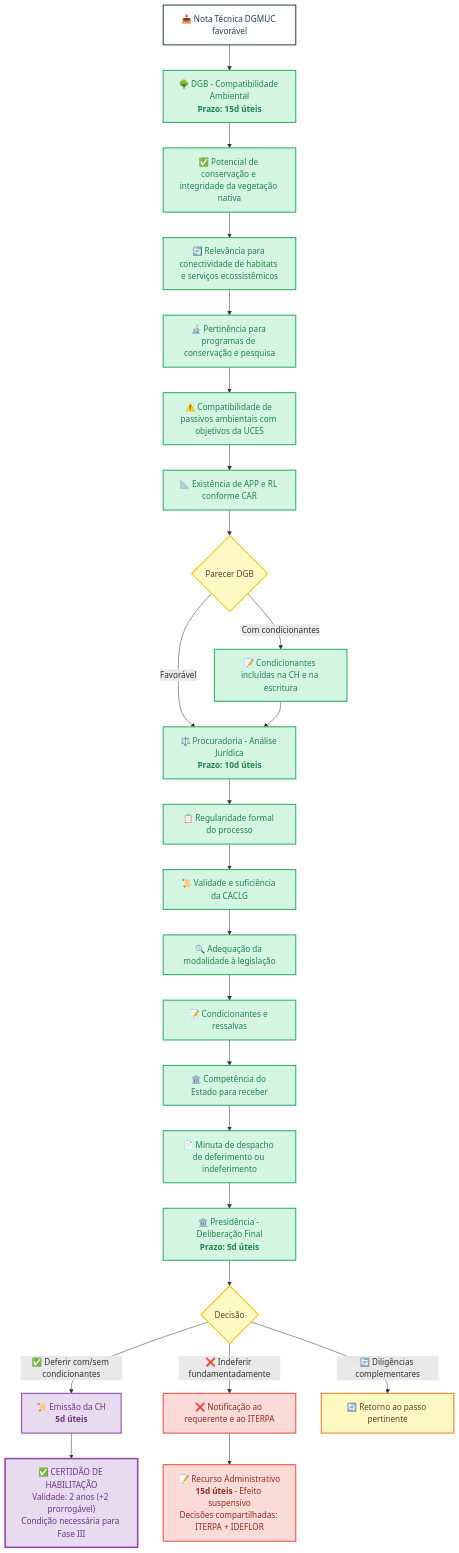
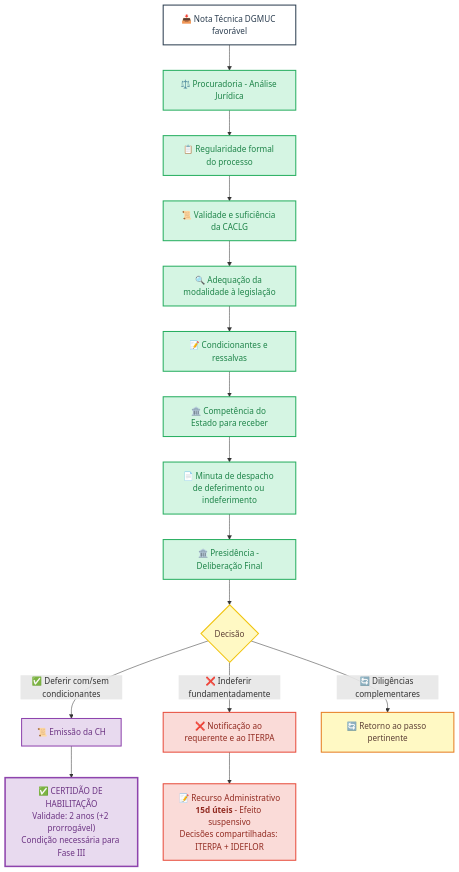
Before and after one commit to NGEO-IDEFLOR-Bio/certFundiaria-uces-pa: the diagram in docs/03-fluxos/imagens/06-dgb-procuradoria-presidencia.mmd, drawn with Mermaid. The commit also changed 31 other files, not shown here.

Commit message:
docs: atualiza especificacoes de planejamento e diagramas com a IN Conjunta oficial 2026

```diff
--- a/docs/03-fluxos/imagens/06-dgb-procuradoria-presidencia.mmd
+++ b/docs/03-fluxos/imagens/06-dgb-procuradoria-presidencia.mmd
@@ -1,44 +1,31 @@
 flowchart TD
     classDef ideflor fill:#D5F5E3,stroke:#27AE60,stroke-width:2px,color:#1E8449
     classDef documento fill:#E8DAEF,stroke:#8E44AD,stroke-width:2px,color:#6C3483
     classDef decisao fill:#FFF9C4,stroke:#F1C40F,stroke-width:2px,color:#5D4037
     classDef rejeicao fill:#FADBD8,stroke:#E74C3C,stroke-width:2px,color:#922B21
     classDef entrada fill:#FFFFFF,stroke:#2C3E50,stroke-width:2px,color:#2C3E50
 
     IN["📥 Nota Técnica DGMUC favorável"]:::entrada
-    --> DGB["🌳 DGB - Compatibilidade Ambiental<br/><b>Prazo: 15d úteis</b>"]:::ideflor
+    --> PROC["⚖️ Procuradoria - Análise Jurídica"]:::ideflor
 
-    DGB --> D1["✅ Potencial de conservação e integridade da vegetação nativa"]:::ideflor
-    D1 --> D2["🔄 Relevância para conectividade de habitats e serviços ecossistêmicos"]:::ideflor
-    D2 --> D3["🔬 Pertinência para programas de conservação e pesquisa"]:::ideflor
-    D3 --> D4["⚠️ Compatibilidade de passivos ambientais com objetivos da UCES"]:::ideflor
-    D4 --> D5["📐 Existência de APP e RL conforme CAR"]:::ideflor
-
-    D5 --> PARECER_DGB{"Parecer DGB"}:::decisao
-
-    PARECER_DGB --> |Favorável| PROC
-    PARECER_DGB --> |Com condicionantes| COND["📝 Condicionantes incluídas na CH e na escritura"]:::ideflor
-    COND --> PROC
-
-    PROC["⚖️ Procuradoria - Análise Jurídica<br/><b>Prazo: 10d úteis</b>"]:::ideflor
-    --> P1["📋 Regularidade formal do processo"]:::ideflor
+    PROC --> P1["📋 Regularidade formal do processo"]:::ideflor
     P1 --> P2["📜 Validade e suficiência da CACLG"]:::ideflor
     P2 --> P3["🔍 Adequação da modalidade à legislação"]:::ideflor
     P3 --> P4["📝 Condicionantes e ressalvas"]:::ideflor
     P4 --> P5["🏛️ Competência do Estado para receber"]:::ideflor
     P5 --> P6["📄 Minuta de despacho de deferimento ou indeferimento"]:::ideflor
 
-    P6 --> PRES["🏛️ Presidência - Deliberação Final<br/><b>Prazo: 5d úteis</b>"]:::ideflor
+    P6 --> PRES["🏛️ Presidência - Deliberação Final"]:::ideflor
 
     PRES --> DELIB{"Decisão"}:::decisao
 
-    DELIB --> |✅ Deferir com/sem condicionantes| EMIT["📜 Emissão da CH<br/><b>5d úteis</b>"]:::documento
+    DELIB --> |✅ Deferir com/sem condicionantes| EMIT["📜 Emissão da CH"]:::documento
     DELIB --> |❌ Indeferir fundamentadamente| INDEF["❌ Notificação ao requerente e ao ITERPA"]:::rejeicao
     DELIB --> |🔄 Diligências complementares| DILIG["🔄 Retorno ao passo pertinente"]:::decisao
 
     EMIT --> CHOK["✅ CERTIDÃO DE HABILITAÇÃO<br/>Validade: 2 anos (+2 prorrogável)<br/>Condição necessária para Fase III"]:::documento
 
     INDEF --> REC["📝 Recurso Administrativo<br/><b>15d úteis</b> - Efeito suspensivo<br/>Decisões compartilhadas: ITERPA + IDEFLOR"]:::rejeicao
 
     style CHOK stroke-width:3px
     style DILIG stroke:#E67E22,stroke-width:2px
```
